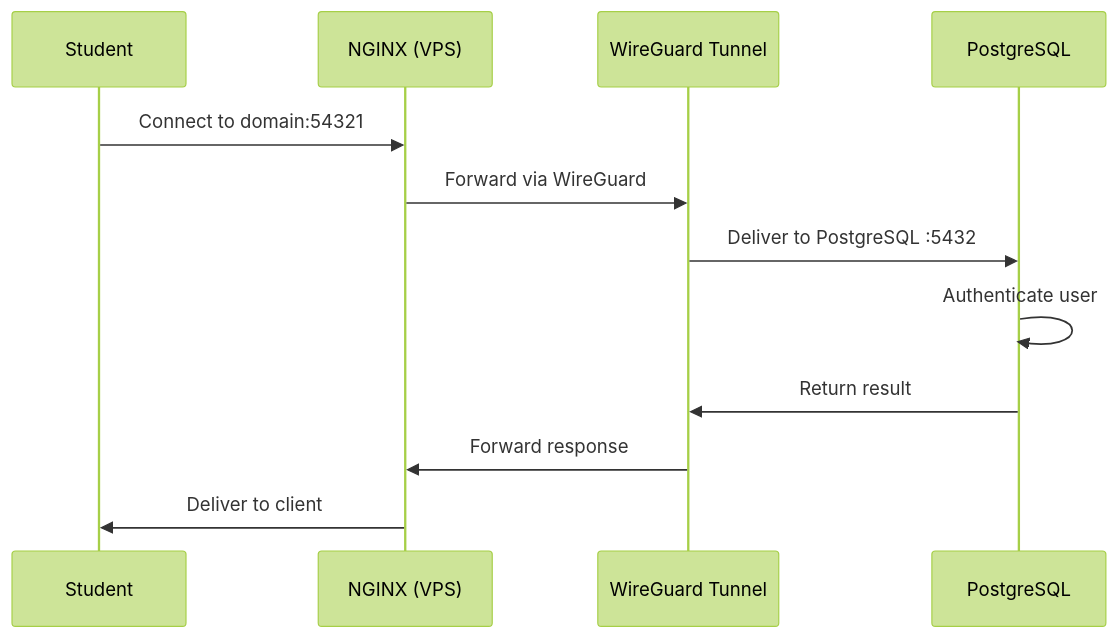
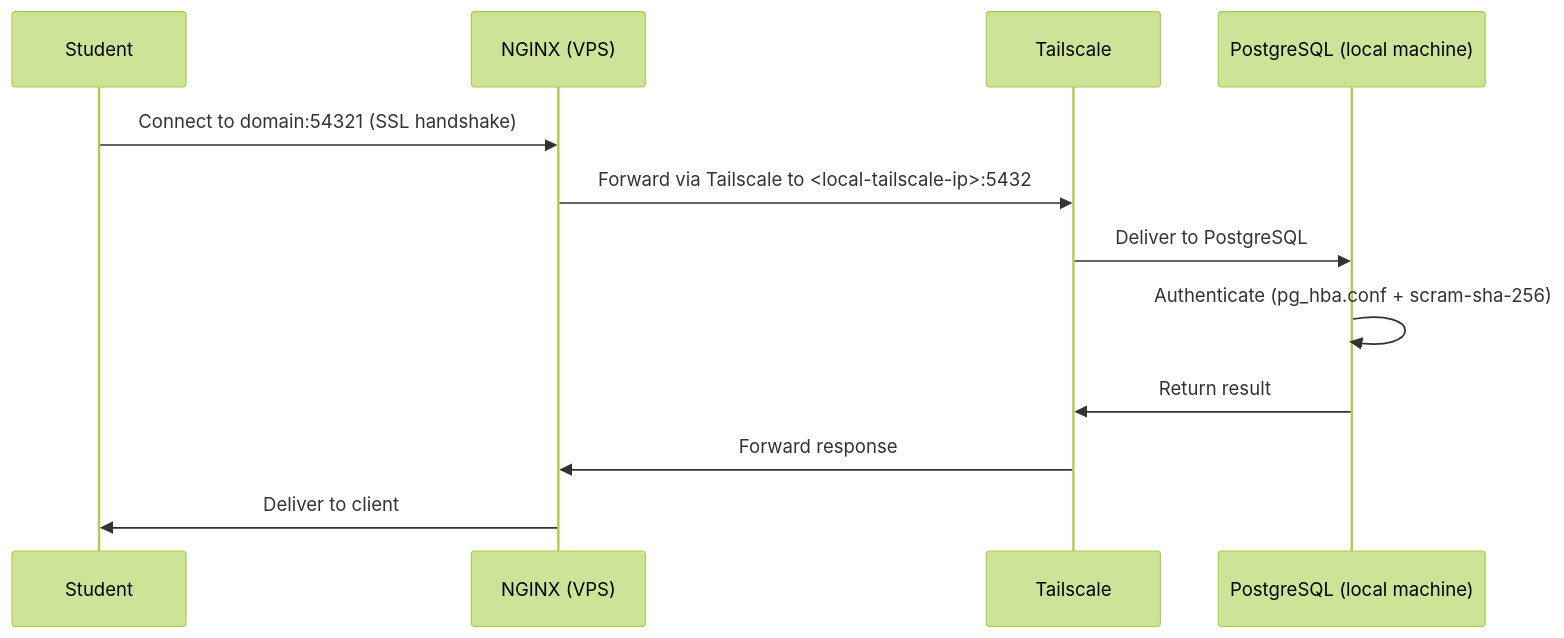
The third of 8 diagrams in docs/architecture.md (gperdrizet/postgreSQL-server), drawn with Mermaid (forest theme) before and after one commit. The commit also changed other lines of this file and 5 other files, not shown here.

````diff
--- a/docs/architecture.md
+++ b/docs/architecture.md
@@ -66,15 +68,15 @@
 ```mermaid
 sequenceDiagram
     participant S as Student
     participant N as NGINX (VPS)
-    participant W as WireGuard Tunnel
-    participant P as PostgreSQL
+    participant T as Tailscale
+    participant P as PostgreSQL (local machine)
     
-    S->>N: Connect to domain:54321
-    N->>W: Forward via WireGuard
-    W->>P: Deliver to PostgreSQL :5432
-    P->>P: Authenticate user
-    P->>W: Return result
-    W->>N: Forward response
+    S->>N: Connect to domain:54321 (SSL handshake)
+    N->>T: Forward via Tailscale to <local-tailscale-ip>:5432
+    T->>P: Deliver to PostgreSQL
+    P->>P: Authenticate (pg_hba.conf + scram-sha-256)
+    P->>T: Return result
+    T->>N: Forward response
     N->>S: Deliver to client
 ```
````
